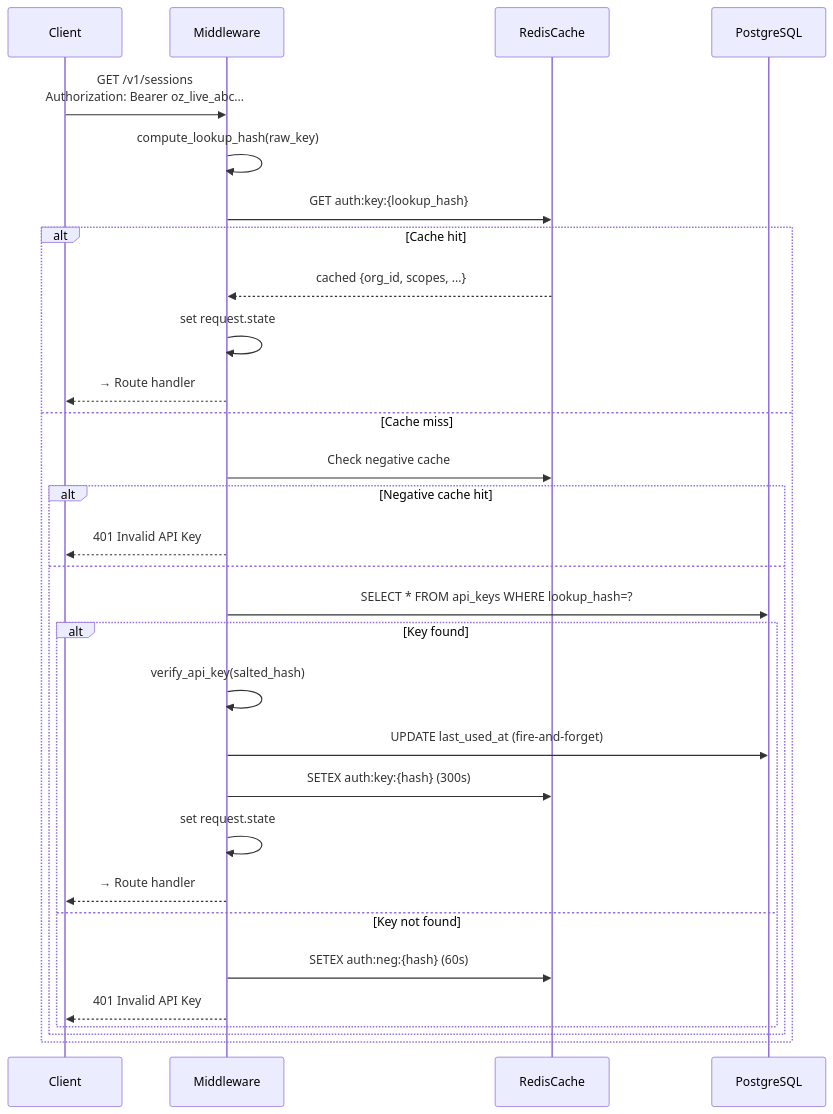
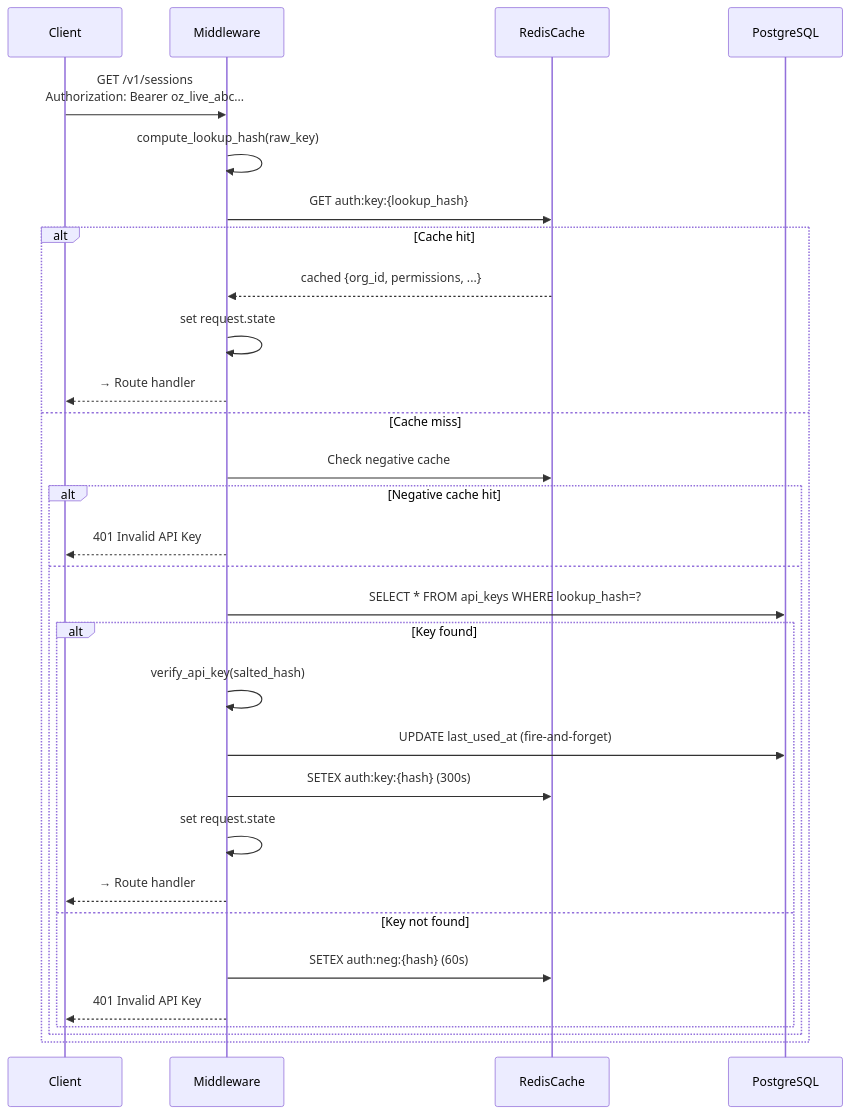
One commit to openzync/openzync-docs changed the second of 2 diagrams in domains/auth.rst. Above: the diagram before and after it, drawn with Mermaid. The commit also changed other lines of this file and 2 other files, not shown here.

Commit message:
feat(auth): implement unified org permission model (ADR 007)

```diff
--- a/domains/auth.rst
+++ b/domains/auth.rst
@@ -714,34 +802,34 @@
 .. mermaid::
 
    sequenceDiagram
        participant Client
        participant AuthMiddleware
        participant RedisCache
        participant AuthMiddleware as Middleware
        participant DB as PostgreSQL
 
        Client->>AuthMiddleware: GET /v1/sessions<br/>Authorization: Bearer oz_live_abc...
        AuthMiddleware->>AuthMiddleware: compute_lookup_hash(raw_key)
        AuthMiddleware->>RedisCache: GET auth:key:{lookup_hash}
        alt Cache hit
-           RedisCache-->>AuthMiddleware: cached {org_id, scopes, ...}
+           RedisCache-->>AuthMiddleware: cached {org_id, permissions, ...}
            AuthMiddleware->>AuthMiddleware: set request.state
            AuthMiddleware-->>Client: → Route handler
        else Cache miss
            AuthMiddleware->>RedisCache: Check negative cache
            alt Negative cache hit
                AuthMiddleware-->>Client: 401 Invalid API Key
            else
                AuthMiddleware->>DB: SELECT * FROM api_keys WHERE lookup_hash=?
                alt Key found
                    AuthMiddleware->>AuthMiddleware: verify_api_key(salted_hash)
                    AuthMiddleware->>DB: UPDATE last_used_at (fire-and-forget)
                    AuthMiddleware->>RedisCache: SETEX auth:key:{hash} (300s)
                    AuthMiddleware->>AuthMiddleware: set request.state
                    AuthMiddleware-->>Client: → Route handler
                else Key not found
                    AuthMiddleware->>RedisCache: SETEX auth:neg:{hash} (60s)
                    AuthMiddleware-->>Client: 401 Invalid API Key
                end
            end
        end
```
